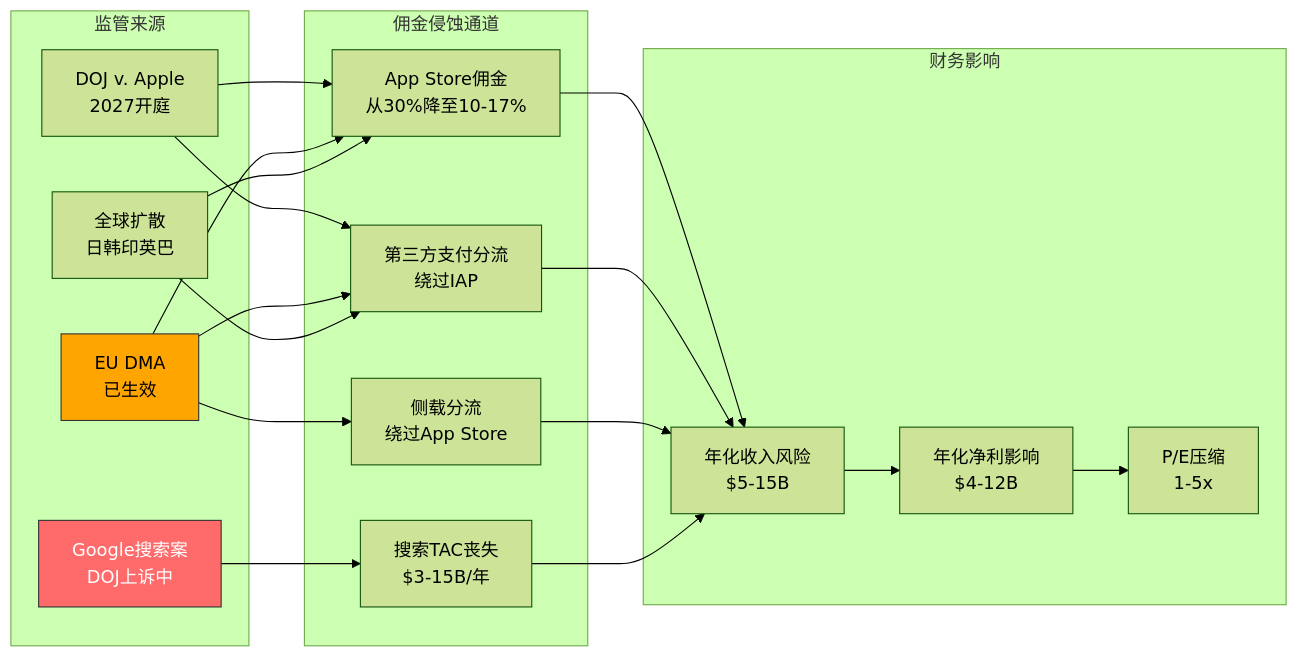
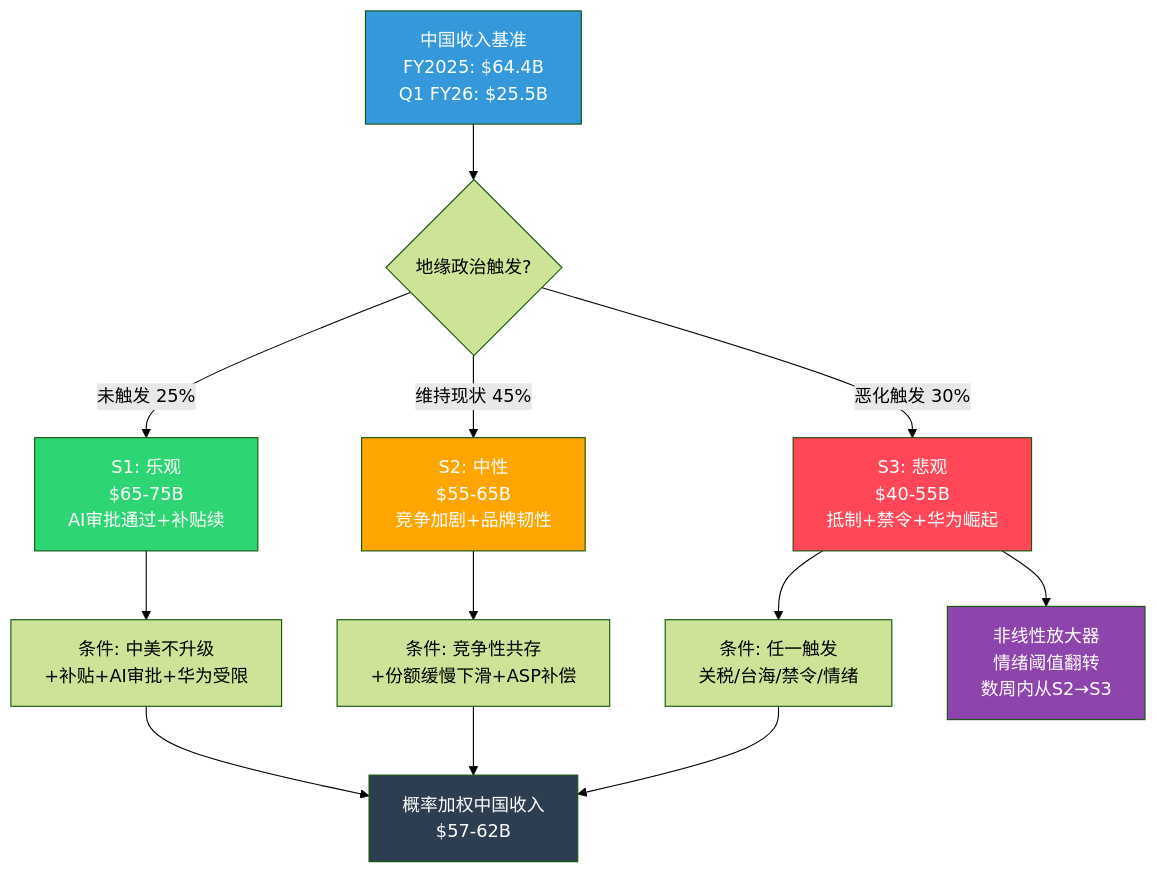
Before and after one commit to miltonnewyork25-afk/investment-master: the fifth of 6 diagrams in reports/AAPL/staging/AAPL_P1_AgentB.md, drawn with Mermaid (forest theme). The commit also changed other lines of this file and 2 other files, not shown here.

````diff
--- a/reports/AAPL/staging/AAPL_P1_AgentB.md
+++ b/reports/AAPL/staging/AAPL_P1_AgentB.md
@@ -336,41 +624,25 @@
 ```mermaid
-graph LR
-    subgraph 监管来源
-        A[DOJ v. Apple<br/>2027开庭]
-        B[EU DMA<br/>已生效]
-        C[Google搜索案<br/>DOJ上诉中]
-        D[全球扩散<br/>日韩印英巴]
-    end
+graph TD
+    A[中国收入基准<br/>FY2025: $64.4B<br/>Q1 FY26: $25.5B] --> B{地缘政治触发?}
 
-    subgraph 佣金侵蚀通道
-        E[App Store佣金<br/>从30%降至10-17%]
-        F[第三方支付分流<br/>绕过IAP]
-        G[侧载分流<br/>绕过App Store]
-        H[搜索TAC丧失<br/>$3-15B/年]
-    end
+    B -->|未触发 25%| S1[S1: 乐观<br/>$65-75B<br/>AI审批通过+补贴续]
+    B -->|维持现状 45%| S2[S2: 中性<br/>$55-65B<br/>竞争加剧+品牌韧性]
+    B -->|恶化触发 30%| S3[S3: 悲观<br/>$40-55B<br/>抵制+禁令+华为崛起]
 
-    subgraph 财务影响
-        I[年化收入风险<br/>$5-15B]
-        J[年化净利影响<br/>$4-12B]
-        K[P/E压缩<br/>1-5x]
-    end
+    S1 --> S1D[条件: 中美不升级<br/>+补贴+AI审批+华为受限]
+    S2 --> S2D[条件: 竞争性共存<br/>+份额缓慢下滑+ASP补偿]
+    S3 --> S3D[条件: 任一触发<br/>关税/台海/禁令/情绪]
 
-    A --> E
-    A --> F
-    B --> E
-    B --> F
-    B --> G
-    C --> H
-    D --> E
-    D --> F
+    S3 --> NL[非线性放大器<br/>情绪阈值翻转<br/>数周内从S2→S3]
 
-    E --> I
-    F --> I
-    G --> I
-    H --> I
-    I --> J
-    J --> K
+    S1D --> PW[概率加权中国收入<br/>$57-62B]
+    S2D --> PW
+    S3D --> PW
 
-    style C fill:#ff6b6b,stroke:#333,color:#fff
-    style B fill:#ffa500,stroke:#333
+    style A fill:#3498db,color:#fff
+    style S1 fill:#2ed573,color:#fff
+    style S2 fill:#ffa502,color:#fff
+    style S3 fill:#ff4757,color:#fff
+    style NL fill:#8e44ad,color:#fff
+    style PW fill:#2c3e50,color:#fff
 ```
````
